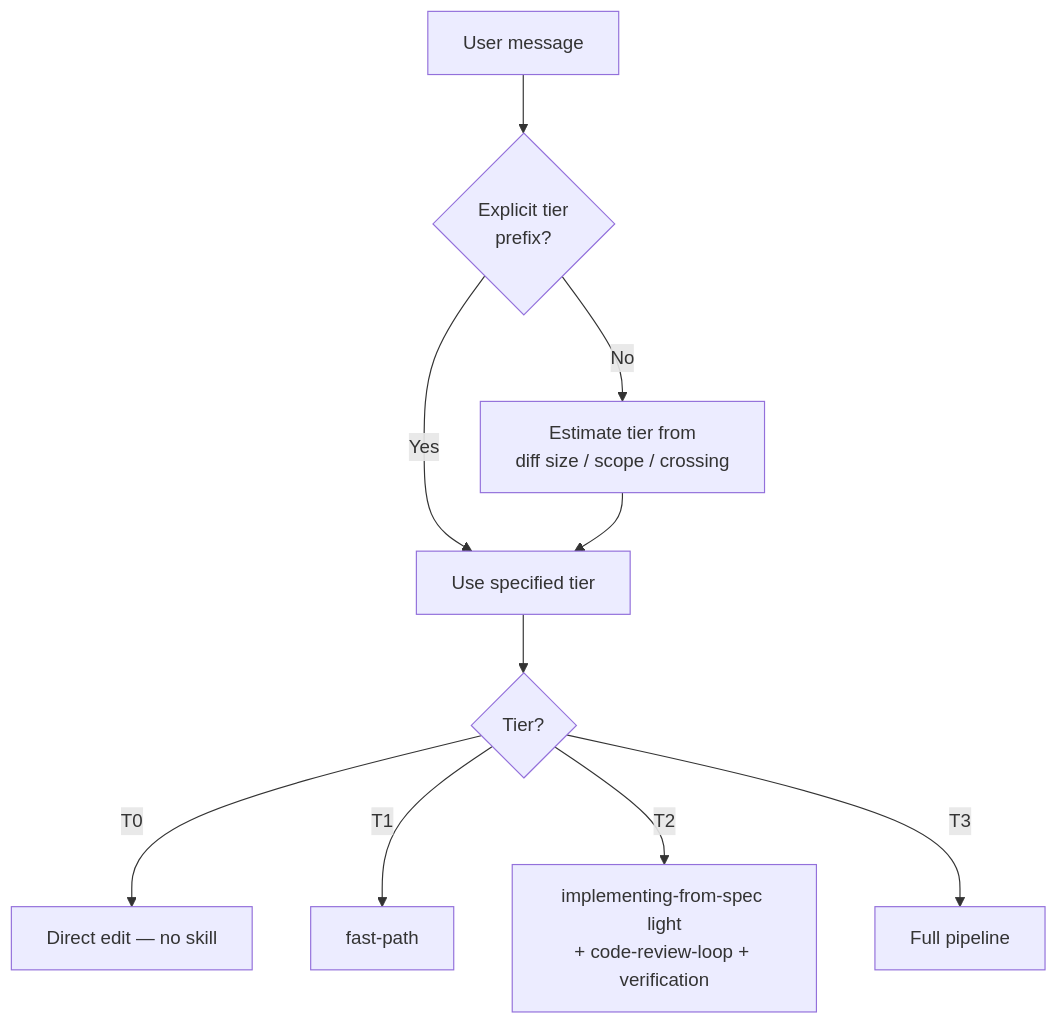
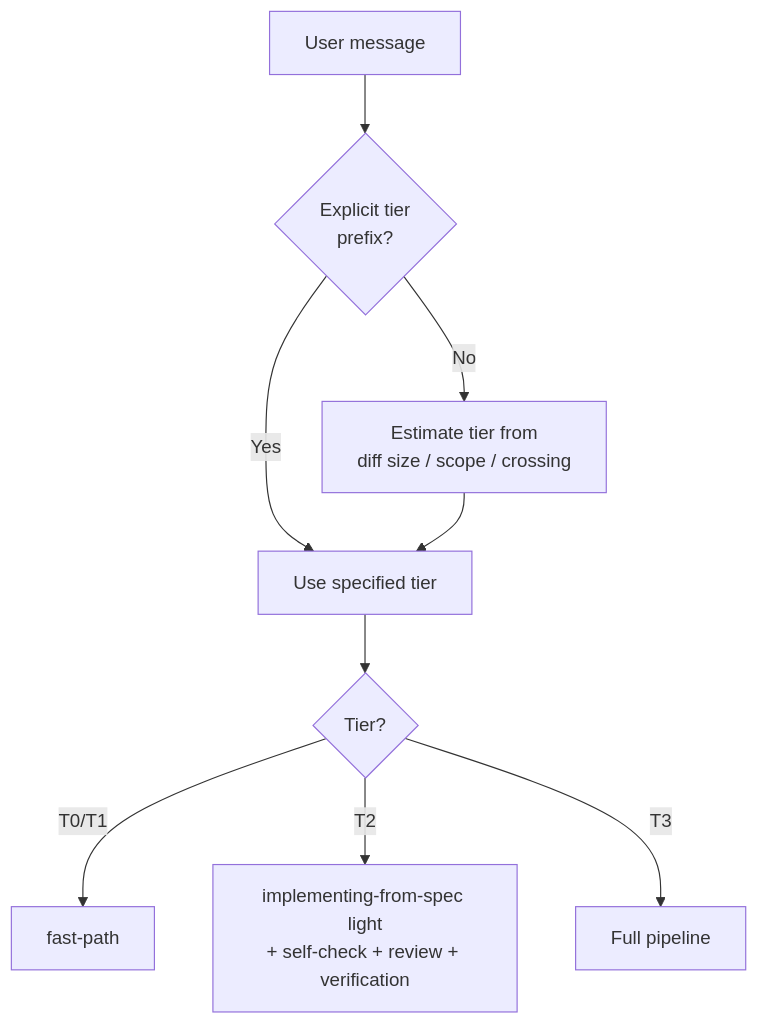
The diagram in .claude/skills/spec-coexist-router/SKILL.md (wintermaples/spec-coexist), drawn with Mermaid before and after one commit. The commit also changed other lines of this file and 16 other files, not shown here.

````diff
--- a/.claude/skills/spec-coexist-router/SKILL.md
+++ b/.claude/skills/spec-coexist-router/SKILL.md
@@ -66,12 +66,11 @@
 ```mermaid
 flowchart TD
     A[User message] --> P{Explicit tier<br/>prefix?}
     P -- Yes --> T[Use specified tier]
     P -- No --> E[Estimate tier from<br/>diff size / scope / crossing]
     E --> T
     T --> R{Tier?}
-    R -- T0 --> D[Direct edit — no skill]
-    R -- T1 --> F[fast-path]
-    R -- T2 --> M[implementing-from-spec light<br/>+ code-review-loop + verification]
+    R -- T0/T1 --> F[fast-path]
+    R -- T2 --> M[implementing-from-spec light<br/>+ self-check + review + verification]
     R -- T3 --> Full[Full pipeline]
 ```
````
